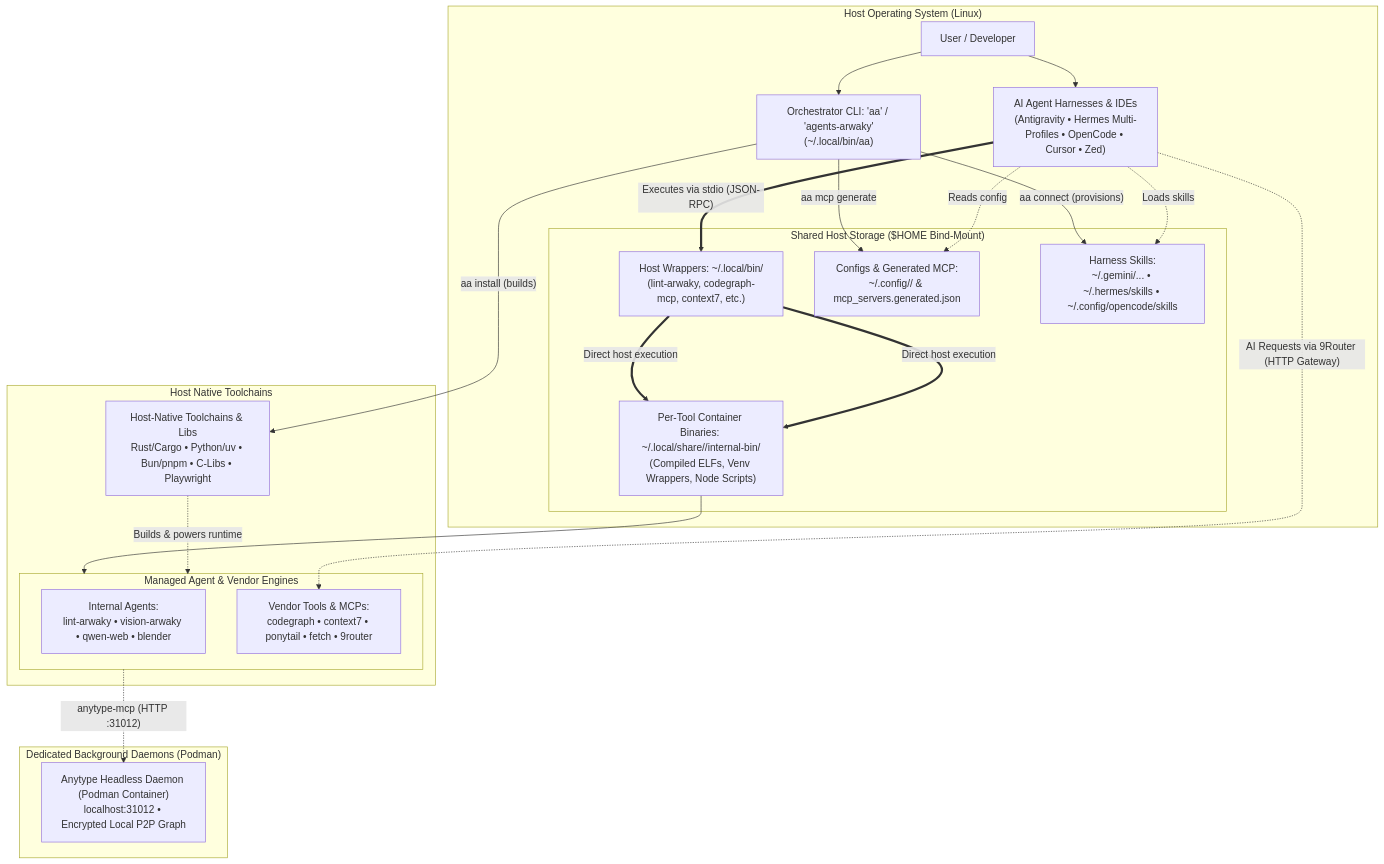
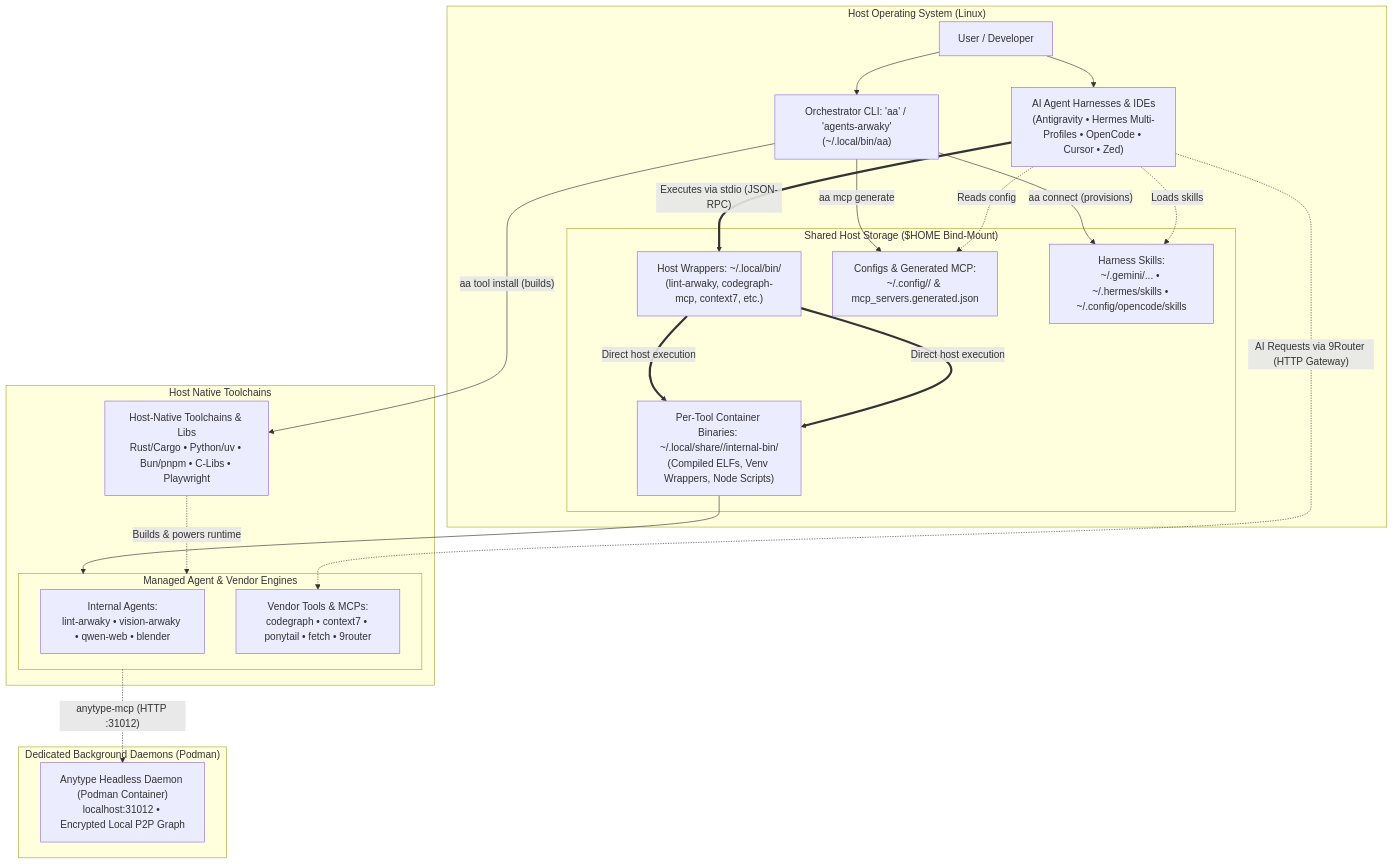
One commit to rakaarwaky/agents-arwaky changed the diagram in README.md. Above: the diagram before and after it, drawn with Mermaid. The commit also changed other lines of this file and 6 other files, not shown here.

First line of the commit message:
refactor(cli): update tool command namespace and relocate skills

````diff
--- a/README.md
+++ b/README.md
@@ -46,52 +46,52 @@
 ```mermaid
 flowchart TB
     subgraph HostOS["Host Operating System (Linux)"]
         User["User / Developer"]
         Harnesses["AI Agent Harnesses & IDEs\n(Antigravity • Hermes Multi-Profiles • OpenCode • Cursor • Zed)"]
         CLI["Orchestrator CLI: 'aa' / 'agents-arwaky'\n(~/.local/bin/aa)"]
       
         subgraph XDGShared["Shared Host Storage ($HOME Bind-Mount)"]
             Launchers["Host Wrappers: ~/.local/bin/\n(lint-arwaky, codegraph-mcp, context7, etc.)"]
             InternalBin["Per-Tool Container Binaries: ~/.local/share/<tool>/internal-bin/\n(Compiled ELFs, Venv Wrappers, Node Scripts)"]
             XDGConfigs["Configs & Generated MCP:\n~/.config/<tool>/ & mcp_servers.generated.json"]
             XDGSkills["Harness Skills:\n~/.gemini/... • ~/.hermes/skills • ~/.config/opencode/skills"]
         end
     end
 
     subgraph HostToolchain["Host Native Toolchains"]
         IsolatedRuntimes["Host-Native Toolchains & Libs\nRust/Cargo • Python/uv • Bun/pnpm • C-Libs • Playwright"]
 
         subgraph AgentsAndTools["Managed Agent & Vendor Engines"]
             InternalAgents["Internal Agents:\nlint-arwaky • vision-arwaky • qwen-web • blender"]
             VendorTools["Vendor Tools & MCPs:\ncodegraph • context7 • ponytail • fetch • 9router"]
         end
     end
 
     subgraph SidecarServices["Dedicated Background Daemons (Podman)"]
         AnytypeDaemon["Anytype Headless Daemon (Podman Container)\nlocalhost:31012 • Encrypted Local P2P Graph"]
     end
 
     %% User & CLI interactions
     User --> CLI
     User --> Harnesses
     CLI -- "aa connect (provisions)" --> XDGSkills
     CLI -- "aa mcp generate" --> XDGConfigs
-    CLI -- "aa install (builds)" --> IsolatedRuntimes
+    CLI -- "aa tool install (builds)" --> IsolatedRuntimes
 
     %% Host-native execution
     Launchers == "Direct host execution" ==> InternalBin
 
     %% Harness interactions
     Harnesses -. "Reads config" .-> XDGConfigs
     Harnesses -. "Loads skills" .-> XDGSkills
     Harnesses == "Executes via stdio (JSON-RPC)" ==> Launchers
 
     %% Host-native execution
     Launchers == "Direct host execution" ==> InternalBin
     InternalBin --> AgentsAndTools
     IsolatedRuntimes -. "Builds & powers runtime" .-> AgentsAndTools
 
     %% Daemons & Services
     AgentsAndTools -. "anytype-mcp (HTTP :31012)" .-> AnytypeDaemon
     Harnesses -. "AI Requests via 9Router (HTTP Gateway)" .-> VendorTools
 ```
````
